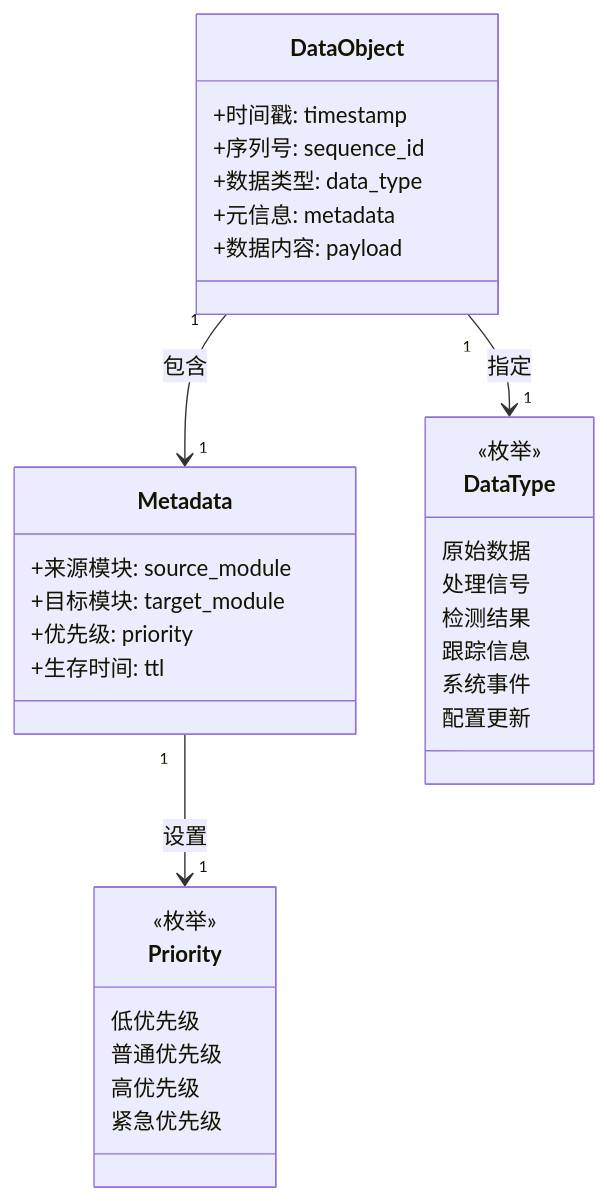
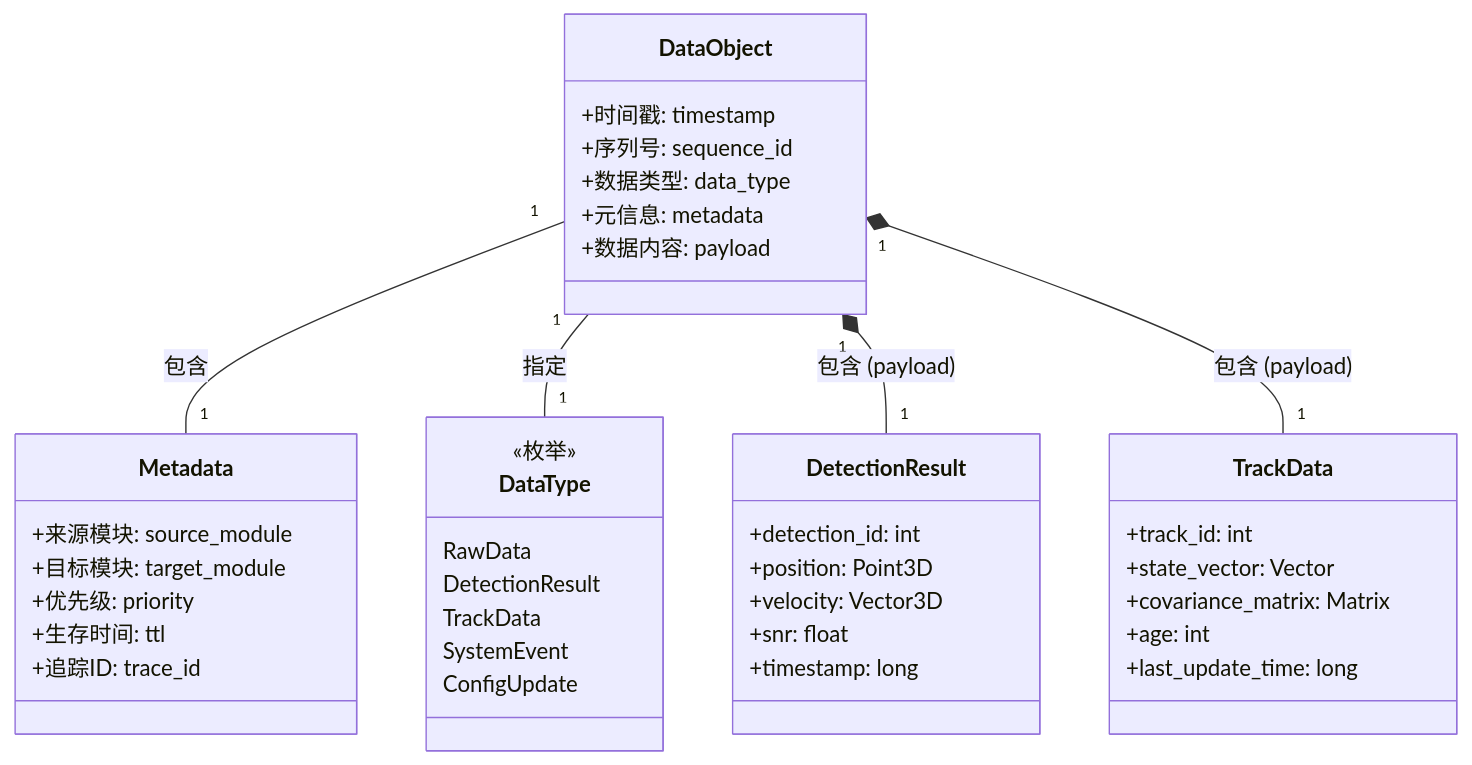
The sixth of 13 diagrams in docs/01_项目设计/02_模块设计/99_模块集成策略.md (wendizhou99-cell/Radar), drawn with Mermaid before and after one commit. The commit also changed other lines of this file and 9 other files, not shown here.

````diff
--- a/docs/01_项目设计/02_模块设计/99_模块集成策略.md
+++ b/docs/01_项目设计/02_模块设计/99_模块集成策略.md
@@ -276,39 +441,49 @@
 ```mermaid
 classDiagram
     class DataObject {
         +时间戳: timestamp
         +序列号: sequence_id
         +数据类型: data_type
         +元信息: metadata
         +数据内容: payload
     }
 
+    class DetectionResult {
+      +detection_id: int
+      +position: Point3D
+      +velocity: Vector3D
+      +snr: float
+      +timestamp: long
+    }
+
+    class TrackData {
+      +track_id: int
+      +state_vector: Vector
+      +covariance_matrix: Matrix
+      +age: int
+      +last_update_time: long
+    }
+
     class Metadata {
         +来源模块: source_module
         +目标模块: target_module
         +优先级: priority
         +生存时间: ttl
+        +追踪ID: trace_id
     }
 
     class DataType {
         <<枚举>>
-        原始数据
-        处理信号
-        检测结果
-        跟踪信息
-        系统事件
-        配置更新
+        RawData
+        DetectionResult
+        TrackData
+        SystemEvent
+        ConfigUpdate
     }
 
-    class Priority {
-        <<枚举>>
-        低优先级
-        普通优先级
-        高优先级
-        紧急优先级
-    }
+    DataObject "1" -- "1" Metadata : 包含
+    DataObject "1" -- "1" DataType : 指定
+    DataObject "1" *-- "1" DetectionResult : 包含 (payload)
+    DataObject "1" *-- "1" TrackData : 包含 (payload)
 
-    DataObject "1" --> "1" Metadata : 包含
-    DataObject "1" --> "1" DataType : 指定
-    Metadata "1" --> "1" Priority : 设置
 ```
````
